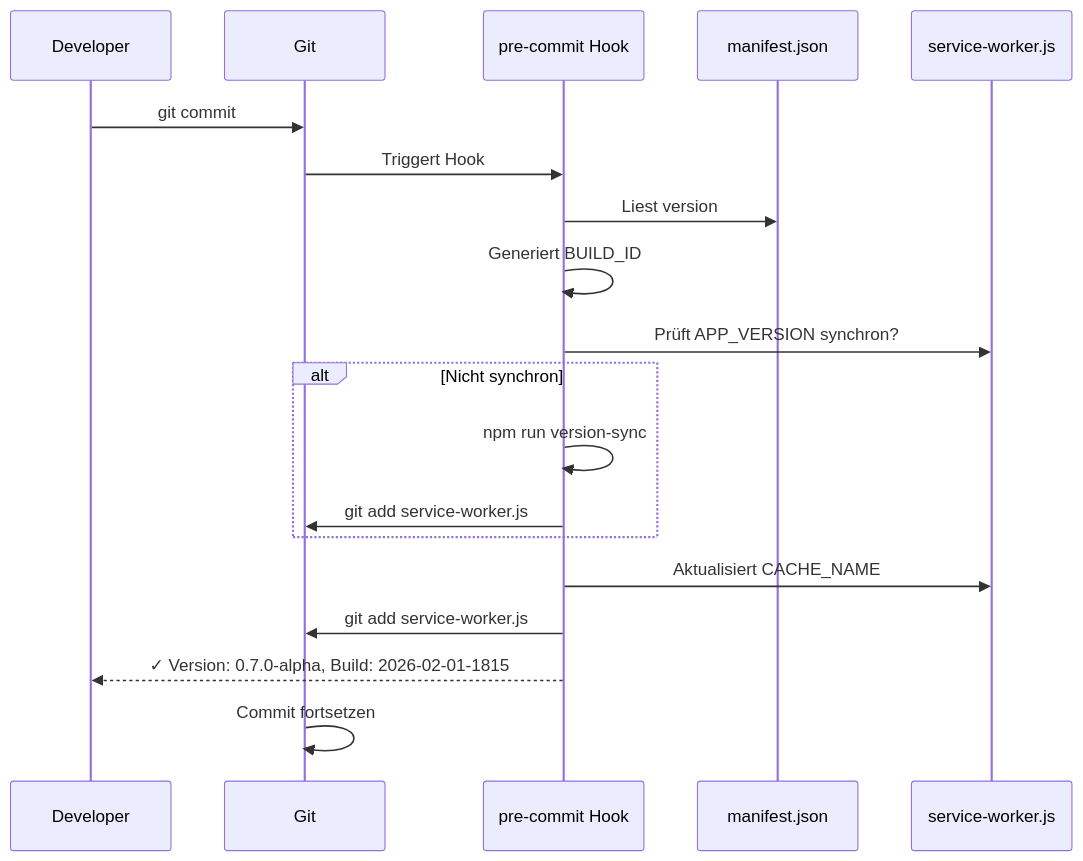
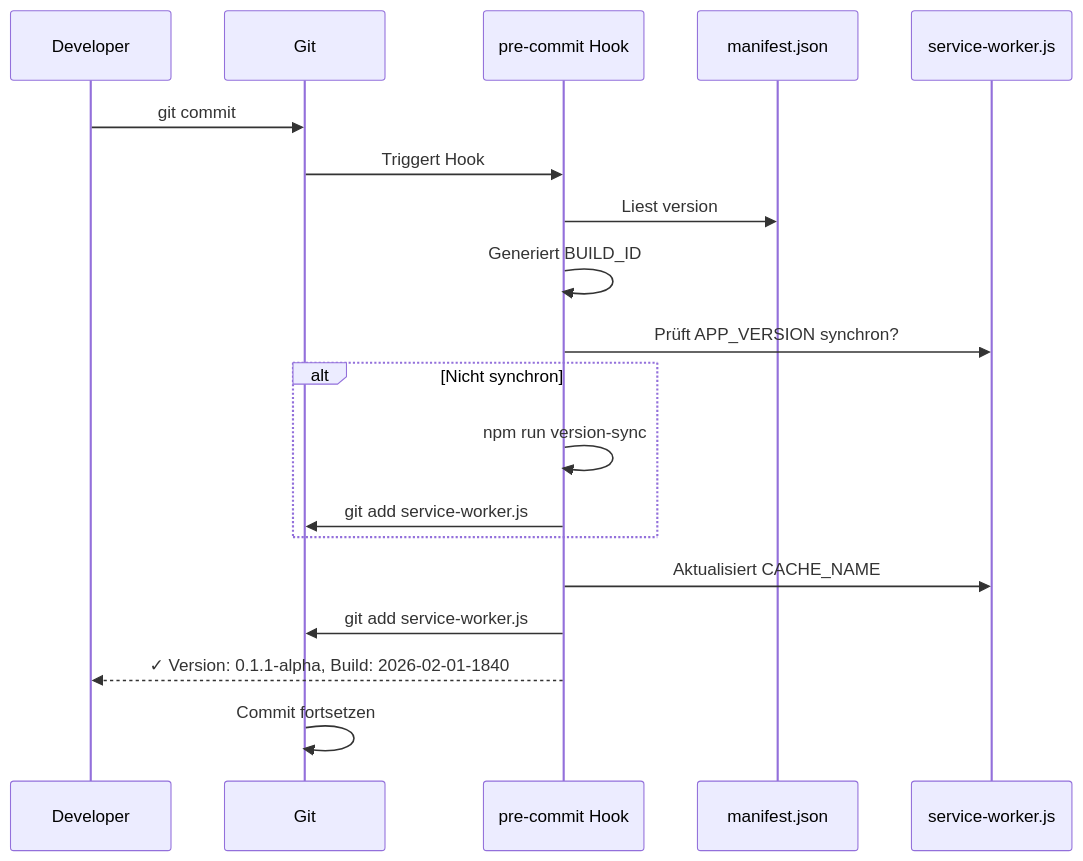
One commit to BFS-IT-AB/Calchas changed the fifth of 9 diagrams in SYSTEM-ARCHITEKTUR-ANALYSE.md. Above: the diagram before and after it, drawn with Mermaid. The commit also changed other lines of this file and 3 other files, not shown here.

````diff
--- a/SYSTEM-ARCHITEKTUR-ANALYSE.md
+++ b/SYSTEM-ARCHITEKTUR-ANALYSE.md
@@ -1548,24 +1539,24 @@
 ```mermaid
 sequenceDiagram
     participant Dev as Developer
     participant G as Git
     participant H as pre-commit Hook
     participant M as manifest.json
     participant SW as service-worker.js
 
     Dev->>G: git commit
     G->>H: Triggert Hook
     H->>M: Liest version
     H->>H: Generiert BUILD_ID
     H->>SW: Prüft APP_VERSION synchron?
 
     alt Nicht synchron
         H->>H: npm run version-sync
         H->>G: git add service-worker.js
     end
 
     H->>SW: Aktualisiert CACHE_NAME
     H->>G: git add service-worker.js
-    H-->>Dev: ✓ Version: 0.7.0-alpha, Build: 2026-02-01-1815
+    H-->>Dev: ✓ Version: 0.1.1-alpha, Build: 2026-02-01-1840
     G->>G: Commit fortsetzen
 ```
````
